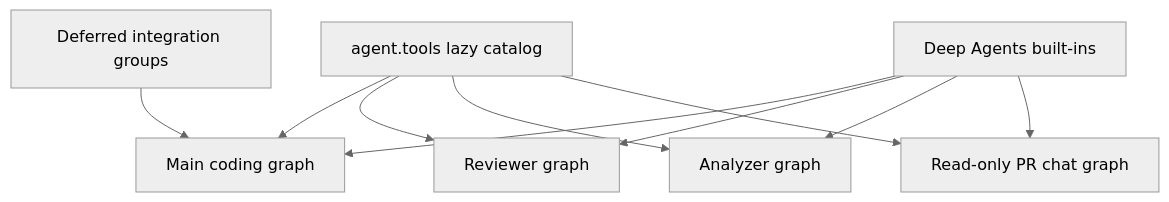
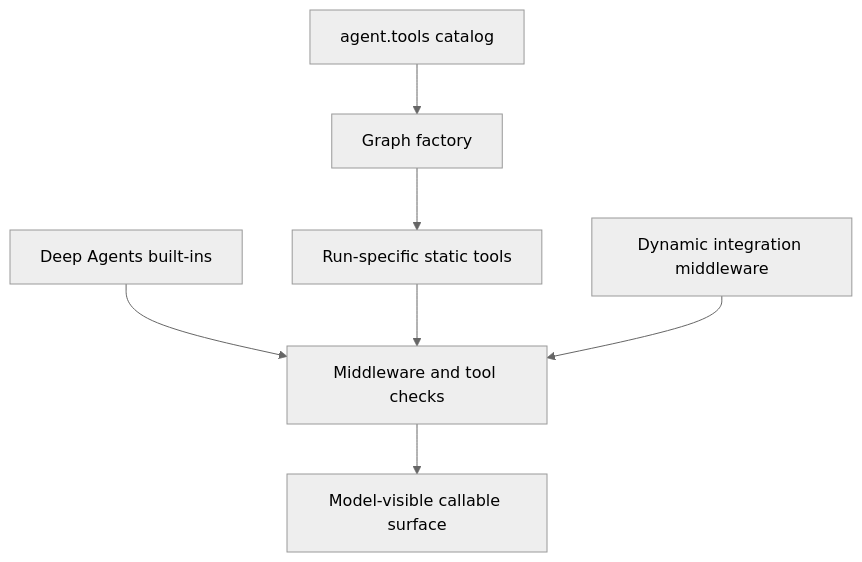
The first of 2 diagrams in openwiki/concepts/tools.md (langchain-ai/open-swe), drawn with Mermaid (neutral theme) before and after one commit. The commit also changed other lines of this file and 51 other files, not shown here.

````diff
--- a/openwiki/concepts/tools.md
+++ b/openwiki/concepts/tools.md
@@ -53,20 +61,17 @@
 ```mermaid
 flowchart TD
-    Catalog["agent.tools lazy catalog"]
-    Main["Main coding graph"]
-    Reviewer["Reviewer graph"]
-    Analyzer["Analyzer graph"]
-    Chat["Read-only PR chat graph"]
+    Catalog["agent.tools catalog"]
+    Factory["Graph factory"]
+    Static["Run-specific static tools"]
     Builtins["Deep Agents built-ins"]
-    Deferred["Deferred integration groups"]
+    Dynamic["Dynamic integration middleware"]
+    Policies["Middleware and tool checks"]
+    Model["Model-visible callable surface"]
 
-    Catalog --> Main
-    Catalog --> Reviewer
-    Catalog --> Analyzer
-    Catalog --> Chat
-    Builtins --> Main
-    Builtins --> Reviewer
-    Builtins --> Analyzer
-    Builtins --> Chat
-    Deferred --> Main
+    Catalog --> Factory
+    Factory --> Static
+    Builtins --> Policies
+    Static --> Policies
+    Dynamic --> Policies
+    Policies --> Model
 ```
````
